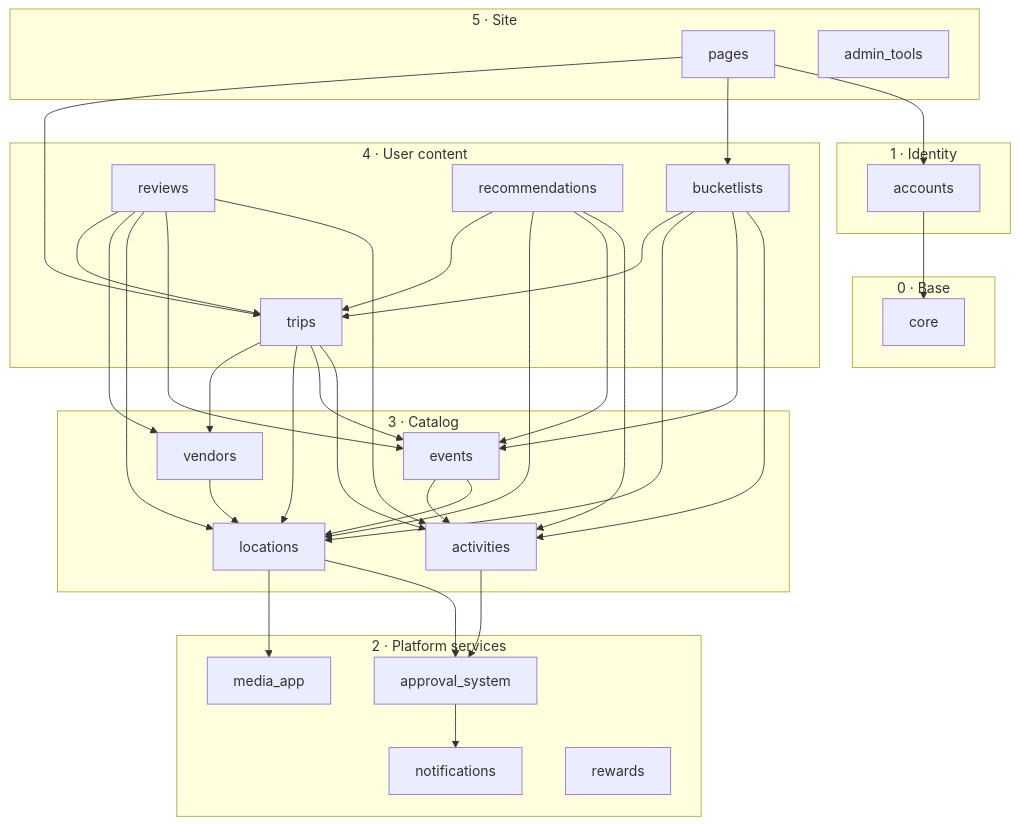
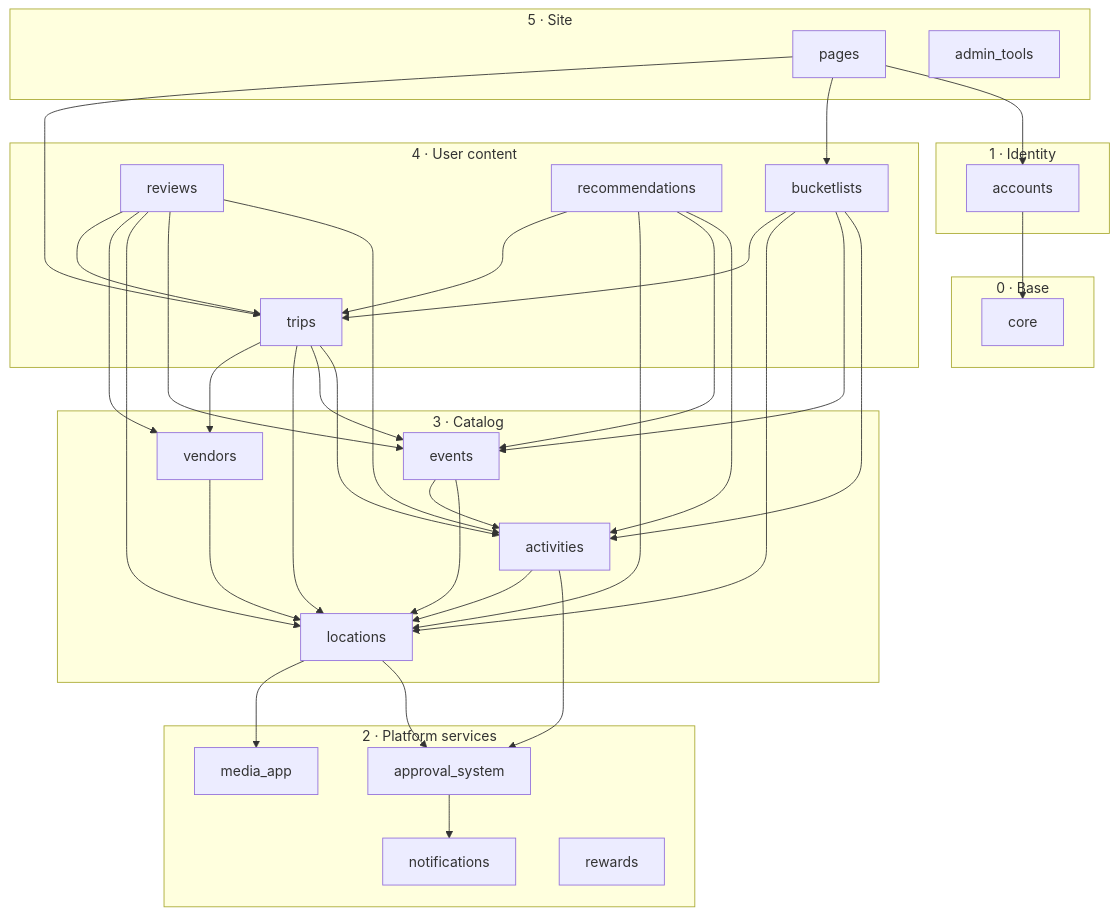
The diagram in docs/architecture/app_dependencies.md (jjennings308/django-travel-site), drawn with Mermaid before and after one commit. The commit also changed 23 other files, not shown here.

````diff
--- a/docs/architecture/app_dependencies.md
+++ b/docs/architecture/app_dependencies.md
@@ -12,73 +12,74 @@
 ```mermaid
 graph TD
 
     subgraph L5["5 · Site"]
         pages
         admin_tools
     end
 
     subgraph L4["4 · User content"]
         bucketlists
         trips
         reviews
         recommendations
     end
 
     subgraph L3["3 · Catalog"]
         locations
         activities
         vendors
         events
     end
 
     subgraph L2["2 · Platform services"]
         notifications
         media_app
         approval_system
         rewards
     end
 
     subgraph L1["1 · Identity"]
         accounts
     end
 
     subgraph L0["0 · Base"]
         core
     end
 
     pages --> accounts
     pages --> bucketlists
     pages --> trips
 
     bucketlists --> activities
     bucketlists --> events
     bucketlists --> locations
     bucketlists --> trips
 
     trips --> activities
     trips --> events
     trips --> locations
     trips --> vendors
 
     reviews --> activities
     reviews --> events
     reviews --> locations
     reviews --> vendors
     reviews --> trips
 
     recommendations --> activities
     recommendations --> events
     recommendations --> locations
     recommendations --> trips
 
     locations --> approval_system
     locations --> media_app
     activities --> approval_system
+    activities --> locations
     vendors --> locations
     events --> locations
     events --> activities
 
     approval_system --> notifications
 
     accounts --> core
 ```
````
